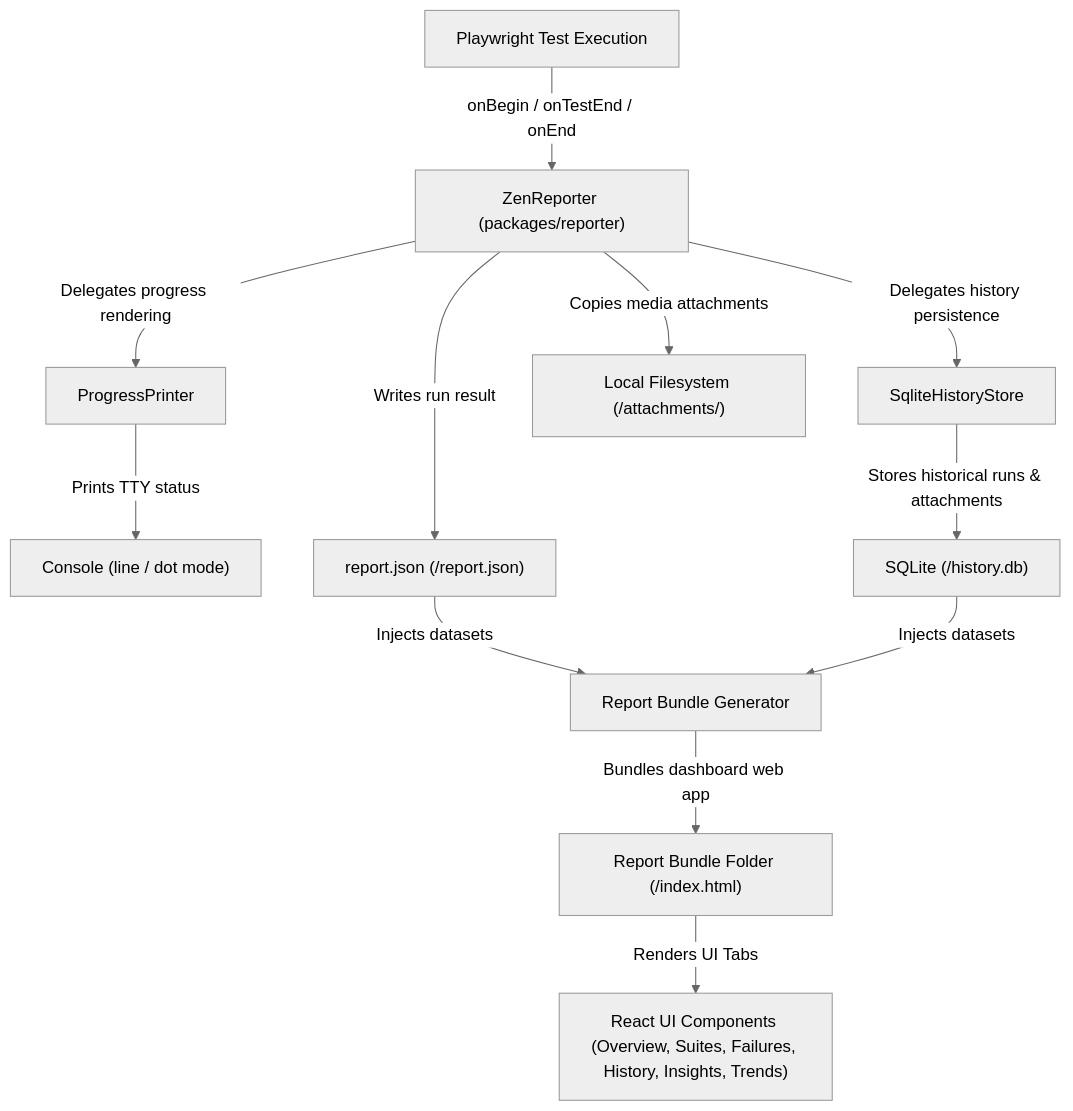
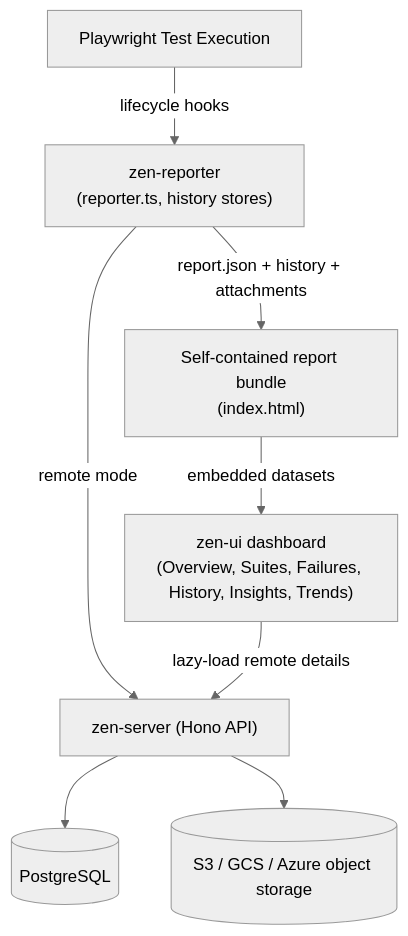
The second of 2 diagrams in docs/architecture.md (apatelia/zen-reporter), drawn with Mermaid (neutral theme) before and after one commit. The commit also changed other lines of this file and 6 other files, not shown here.

First line of the commit message:
docs: split architecture doc into per-package docs and refresh screenshots

````diff
--- a/docs/architecture.md
+++ b/docs/architecture.md
@@ -165,13 +57,10 @@
 ```mermaid
 flowchart TD
-    A["Playwright Test Execution"] -->|onBegin / onTestEnd / onEnd| B["ZenReporter (packages/reporter)"]
-    B -->|Delegates progress rendering| B1["ProgressPrinter"]
-    B1 -->|Prints TTY status| B2["Console (line / dot mode)"]
-    B -->|Writes run result| C["report.json (<outputDir>/report.json)"]
-    B -->|Delegates history persistence| D1["SqliteHistoryStore"]
-    D1 -->|Stores historical runs & attachments| D["SQLite (<outputDir>/history.db)"]
-    B -->|Copies media attachments| AT["Local Filesystem (<outputDir>/attachments/)"]
-    C & D -->|Injects datasets| G["Report Bundle Generator"]
-    G -->|Bundles dashboard web app| H["Report Bundle Folder (<outputDir>/index.html)"]
-    H -->|Renders UI Tabs| I["React UI Components (Overview, Suites, Failures, History, Insights, Trends)"]
+    PW["Playwright Test Execution"] -->|lifecycle hooks| REP["zen-reporter<br/>(reporter.ts, history stores)"]
+    REP -->|report.json + history + attachments| BUNDLE["Self-contained report bundle<br/>(index.html)"]
+    BUNDLE -->|embedded datasets| UI["zen-ui dashboard<br/>(Overview, Suites, Failures, History, Insights, Trends)"]
+    REP -->|remote mode| SRV["zen-server (Hono API)"]
+    SRV --> PG[("PostgreSQL")]
+    SRV --> OBJ[("S3 / GCS / Azure object storage")]
+    UI -->|lazy-load remote details| SRV
 ```
````
